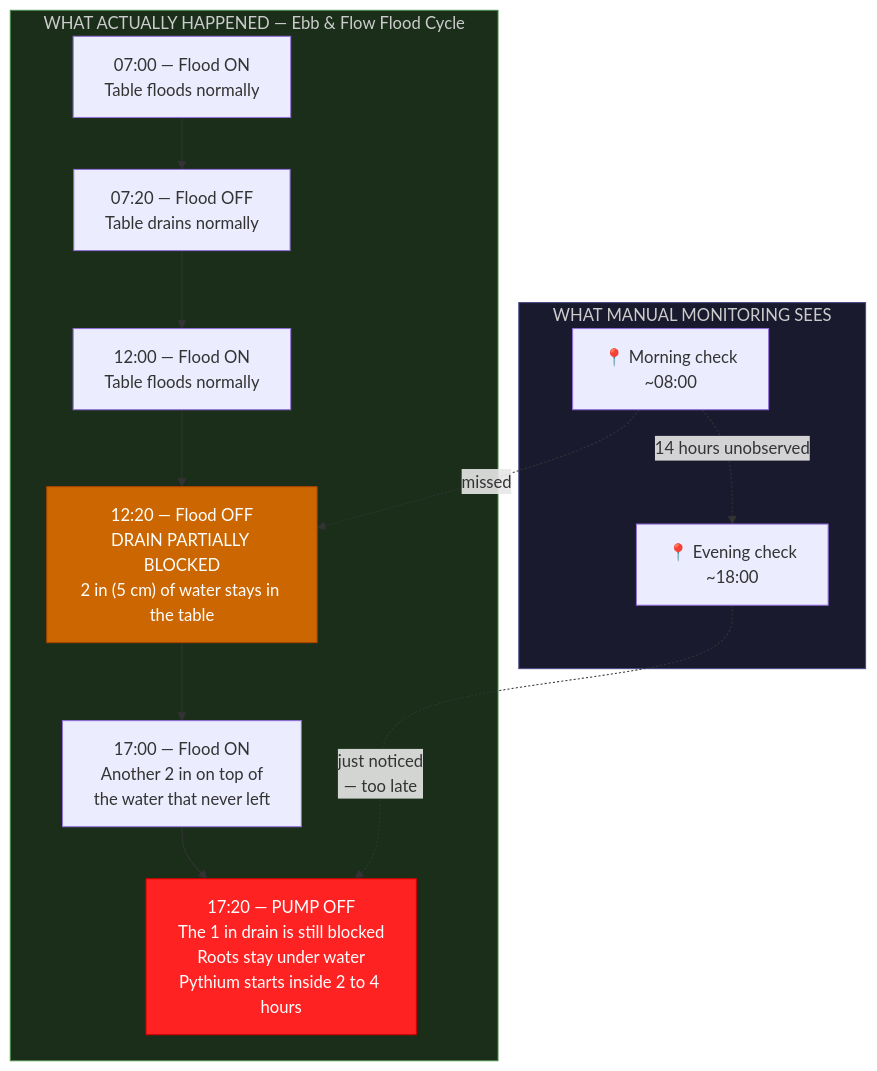
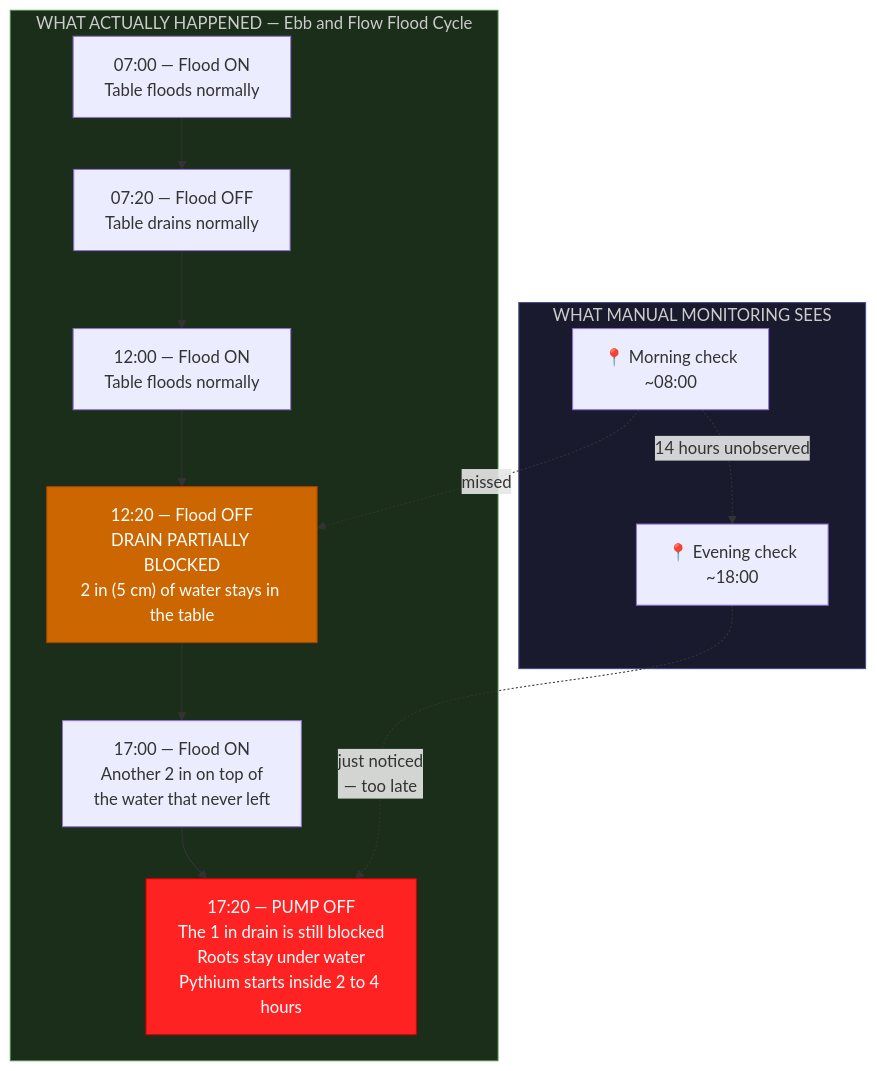
Before and after one commit to UncleJS/guide_hydroponics: the first of 13 diagrams in guide/ebb-and-flow/13-automation.md, drawn with Mermaid. The commit also changed other lines of this file and 18 other files, not shown here.

````diff
--- a/guide/ebb-and-flow/13-automation.md
+++ b/guide/ebb-and-flow/13-automation.md
@@ -121,26 +121,26 @@
 ```mermaid
 flowchart TD
     subgraph manual["WHAT MANUAL MONITORING SEES"]
         M1["📍 Morning check<br/>~08:00"]
         M2["📍 Evening check<br/>~18:00"]
         M1 -.->|"14 hours unobserved"| M2
     end
 
-    subgraph actual["WHAT ACTUALLY HAPPENED — Ebb &amp; Flow Flood Cycle"]
+    subgraph actual["WHAT ACTUALLY HAPPENED — Ebb and Flow Flood Cycle"]
         T1["07:00 — Flood ON<br/>Table floods normally"]
         T2["07:20 — Flood OFF<br/>Table drains normally"]
         T3["12:00 — Flood ON<br/>Table floods normally"]
         T4["12:20 — Flood OFF<br/>DRAIN PARTIALLY BLOCKED<br/>2 in (5 cm) of water stays in the table"]
         T5["17:00 — Flood ON<br/>Another 2 in on top of<br/>the water that never left"]
         T6["17:20 — PUMP OFF<br/>The 1 in drain is still blocked<br/>Roots stay under water<br/>Pythium starts inside 2 to 4 hours"]
         T1 --> T2 --> T3 --> T4 --> T5 --> T6
     end
 
     M1 -. "missed" .-> T4
     M2 -. "just noticed<br/>— too late" .-> T6
 
     style T4 fill:#cc6600,color:#fff,stroke:#aa4400
     style T6 fill:#ff2222,color:#fff,stroke:#cc0000
     style manual fill:#1a1a2e,stroke:#4a4a8a,color:#ccc
     style actual fill:#1a2e1a,stroke:#4a8a4a,color:#ccc
 ```
````
